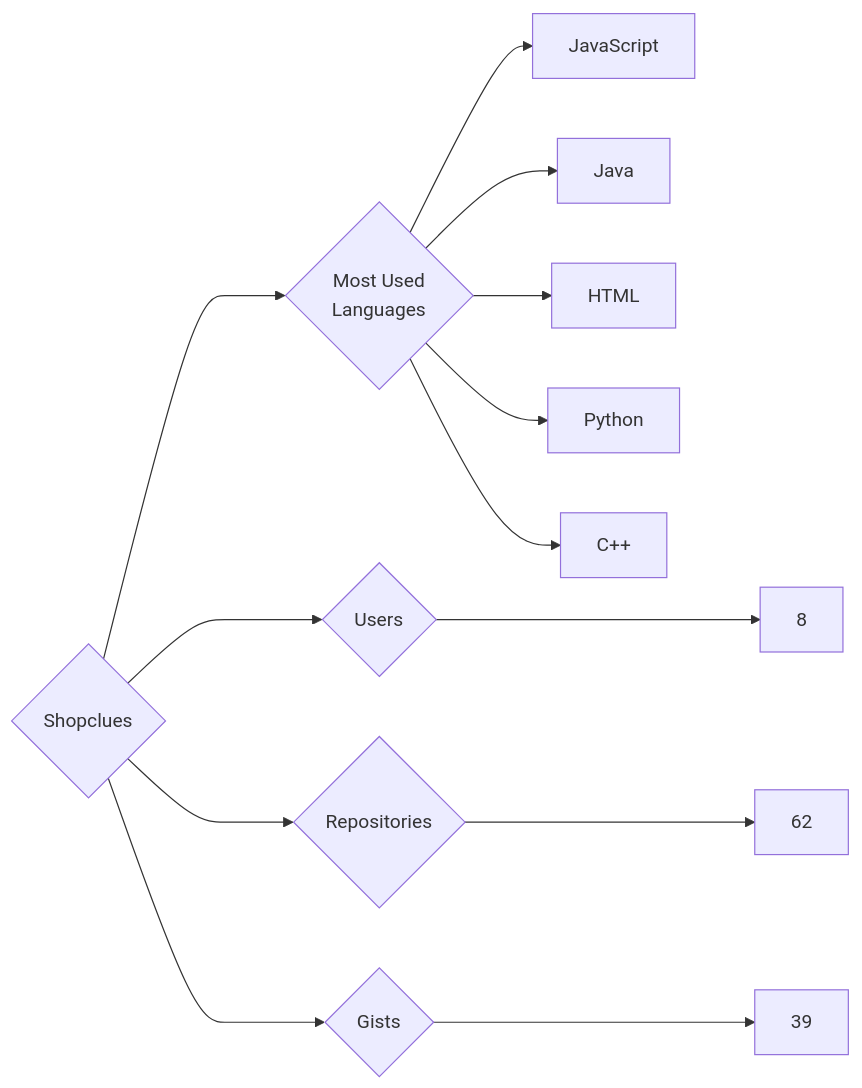
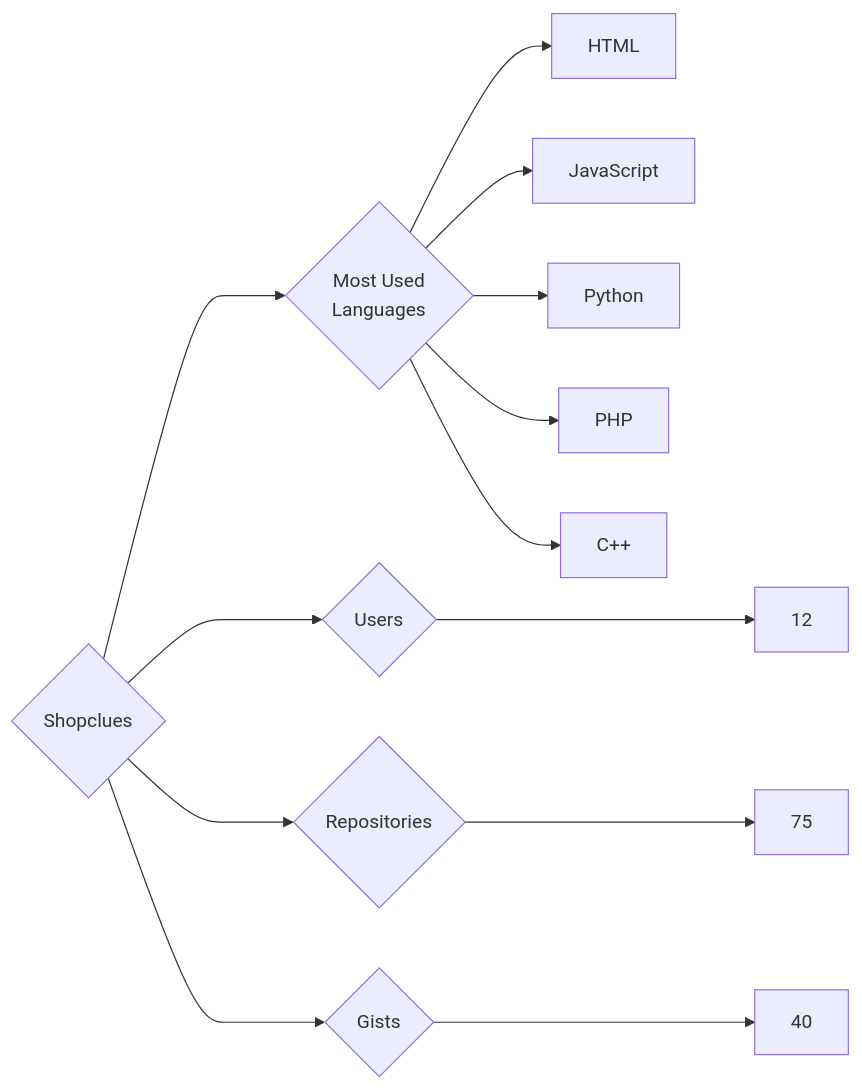
One commit to trickest/insiders changed the diagram in targets/Shopclues/README.md. Above: the diagram before and after it, drawn with Mermaid. The commit also changed 1484 other files, not shown here.

````diff
--- a/targets/Shopclues/README.md
+++ b/targets/Shopclues/README.md
@@ -3,13 +3,13 @@
 ```mermaid
 graph LR
 COMPANY_NAME{Shopclues}
-COMPANY_NAME ---> U{Users} ---> UN[8]
-COMPANY_NAME ---> R{Repositories} ---> RN[62]
-COMPANY_NAME ---> G{Gists} ---> GN[39]
+COMPANY_NAME ---> U{Users} ---> UN[12]
+COMPANY_NAME ---> R{Repositories} ---> RN[75]
+COMPANY_NAME ---> G{Gists} ---> GN[40]
 COMPANY_NAME ---> ML{Most Used<br>Languages}
+ML --> HTML[HTML]
 ML --> JavaScript[JavaScript]
-ML --> Java[Java]
-ML --> HTML[HTML]
 ML --> Python[Python]
+ML --> PHP[PHP]
 ML --> C++[C++]
 ```
````
